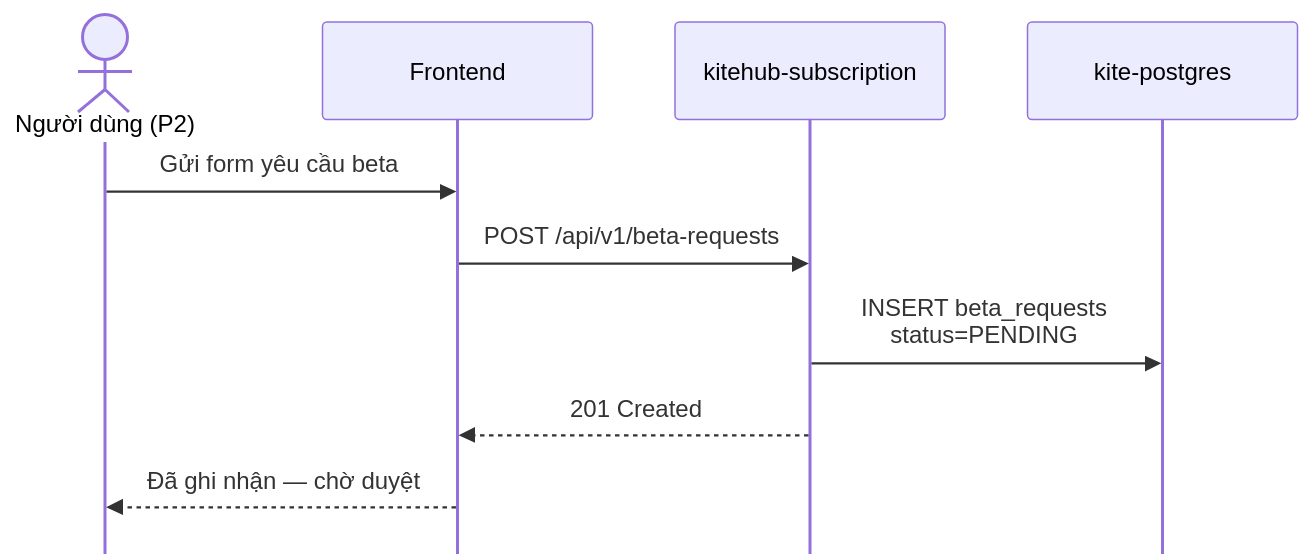
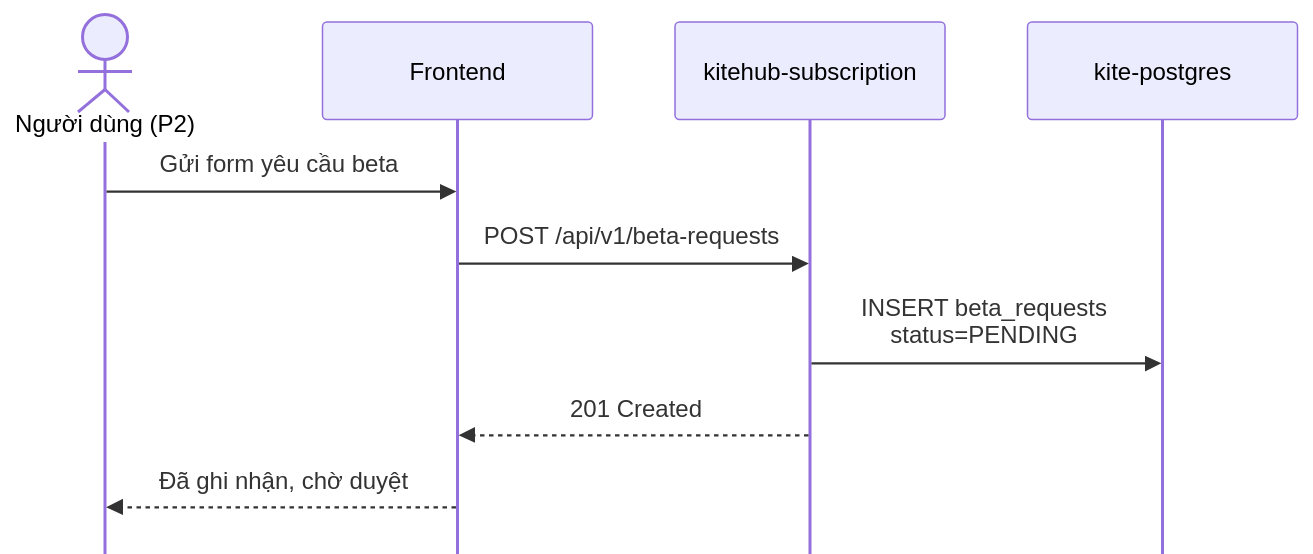
Before and after one commit to VictorAurelius/2026-Kite-Class-Platform: diagram 12 of 14 in documents/08-thesis/chapter-2-system-architecture.md, drawn with Mermaid. The commit also changed other lines of this file and 25 other files, not shown here.

````diff
--- a/documents/08-thesis/chapter-2-system-architecture.md
+++ b/documents/08-thesis/chapter-2-system-architecture.md
@@ -779,14 +694,14 @@
 ```mermaid
 %%{init: {"sequence": {"diagramMarginX": 30, "diagramMarginY": 20, "actorMargin": 55, "width": 180, "height": 65, "boxMargin": 14, "boxTextMargin": 8, "noteMargin": 12, "messageMargin": 40, "mirrorActors": false, "wrap": true}, "themeVariables": {"fontSize": "36px", "messageFontSize": "34px", "noteFontSize": "34px"}}}%%
 sequenceDiagram
     actor U as Người dùng (P2)
     participant FE as Frontend
     participant API as kitehub-subscription
     participant DB as kite-postgres
 
     U->>FE: Gửi form yêu cầu beta
     FE->>API: POST /api/v1/beta-requests
     API->>DB: INSERT beta_requests status=PENDING
     API-->>FE: 201 Created
-    FE-->>U: Đã ghi nhận — chờ duyệt
+    FE-->>U: Đã ghi nhận, chờ duyệt
 ```
````
